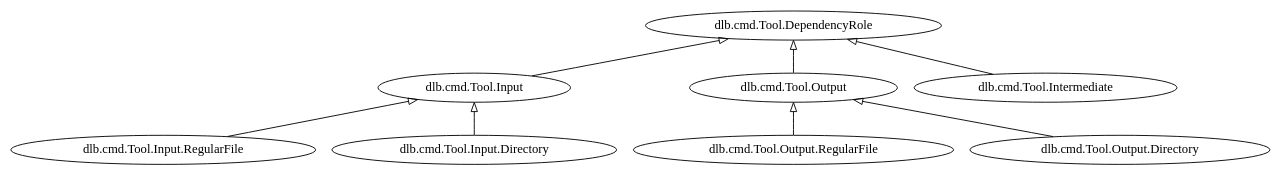
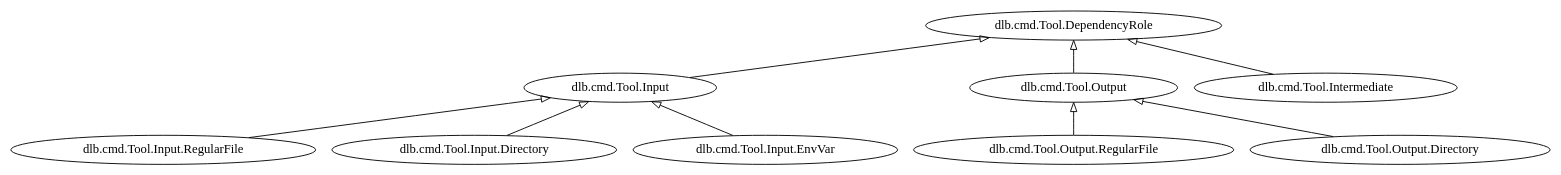
The second of 2 diagrams in doc/cmd_tool.rst (dlu-ch/dlb), drawn with Graphviz before and after one commit. The commit also changed other lines of this file, not shown here.

```diff
--- a/doc/cmd_tool.rst
+++ b/doc/cmd_tool.rst
@@ -123,17 +123,18 @@
 .. graphviz::
 
    digraph foo {
        graph [rankdir=BT];
        node [height=0.25];
        edge [arrowhead=empty];
 
        "dlb.cmd.Tool.Input.RegularFile" -> "dlb.cmd.Tool.Input";
        "dlb.cmd.Tool.Input.Directory" -> "dlb.cmd.Tool.Input";
+       "dlb.cmd.Tool.Input.EnvVar" -> "dlb.cmd.Tool.Input";
 
        "dlb.cmd.Tool.Output.RegularFile" -> "dlb.cmd.Tool.Output";
        "dlb.cmd.Tool.Output.Directory" -> "dlb.cmd.Tool.Output";
 
        "dlb.cmd.Tool.Input" -> "dlb.cmd.Tool.DependencyRole";
        "dlb.cmd.Tool.Intermediate" -> "dlb.cmd.Tool.DependencyRole";
        "dlb.cmd.Tool.Output" -> "dlb.cmd.Tool.DependencyRole";
    }
```
